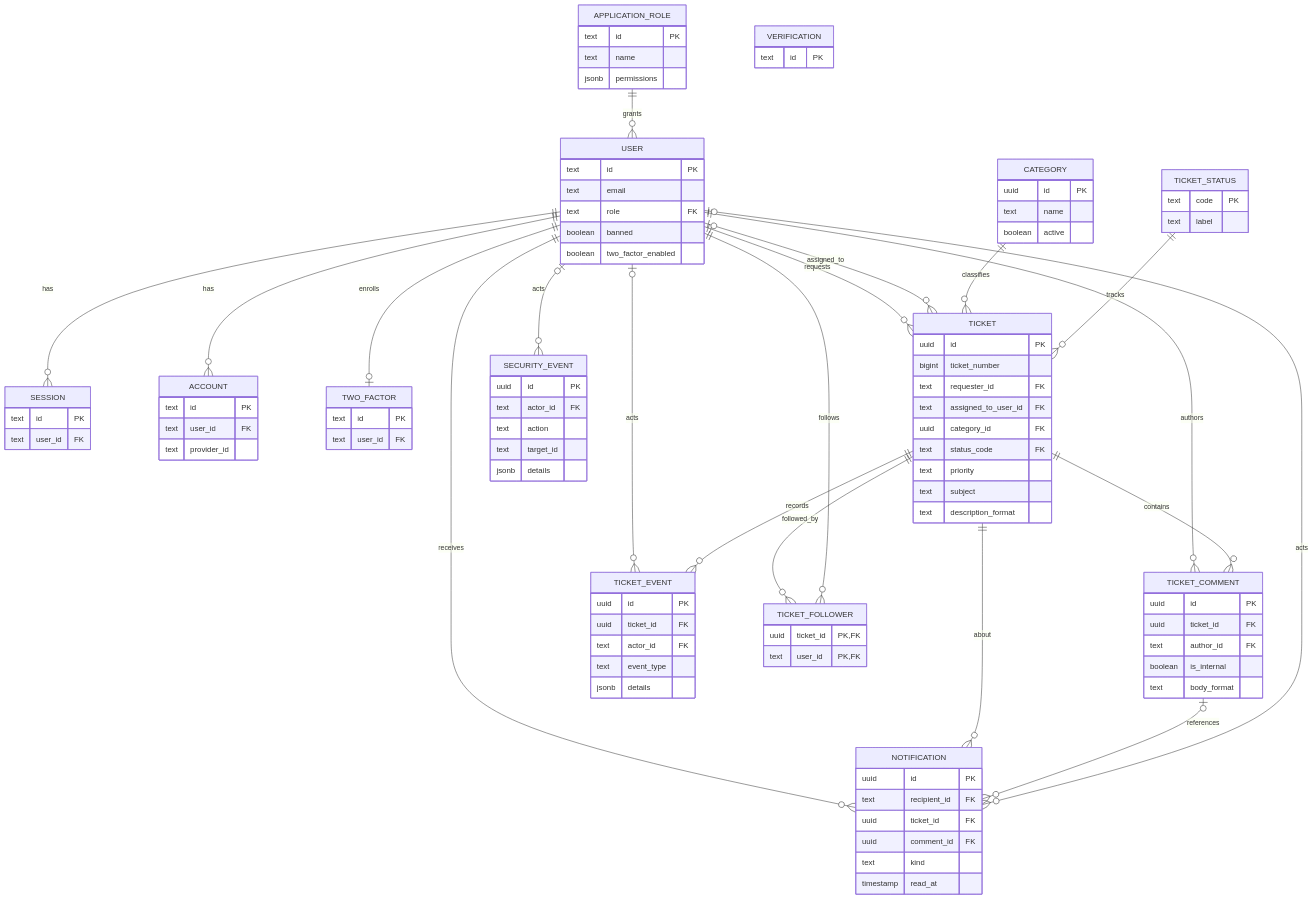
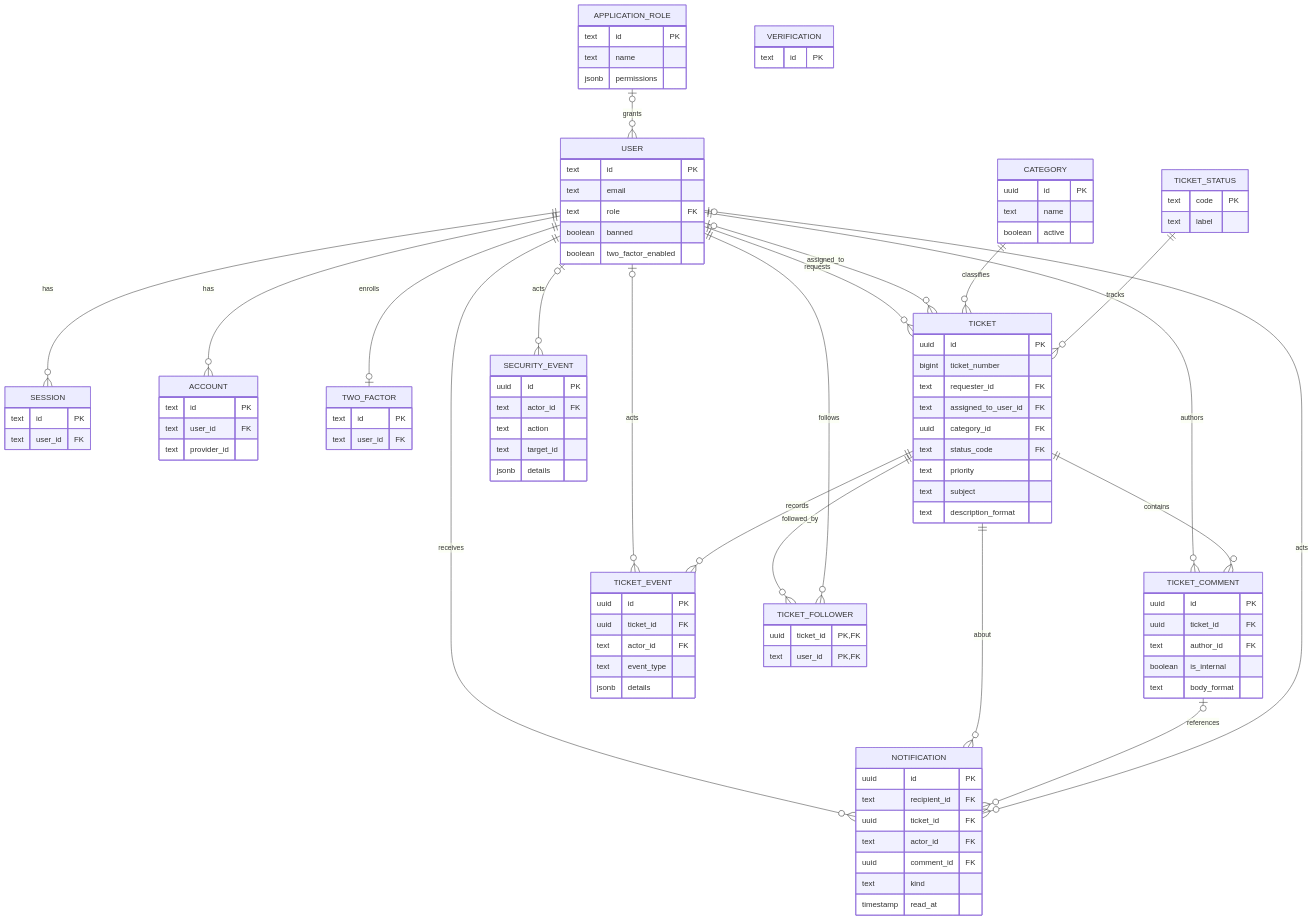
Before and after one commit to Mystery2099/capstone-ticket-system: the diagram in docs/diagrams/entity-relationship.mmd, drawn with Mermaid. The commit also changed 4 other files, not shown here.

First line of the commit message:
docs(diagrams): align diagrams with current auth and ticket flows

```diff
--- a/docs/diagrams/entity-relationship.mmd
+++ b/docs/diagrams/entity-relationship.mmd
@@ -1,101 +1,102 @@
 erDiagram
-  APPLICATION_ROLE ||--o{ USER : grants
+  APPLICATION_ROLE o|--o{ USER : grants
   USER ||--o{ SESSION : has
   USER ||--o{ ACCOUNT : has
   USER ||--o| TWO_FACTOR : enrolls
   USER ||--o{ TICKET : requests
   USER o|--o{ TICKET : assigned_to
   USER ||--o{ TICKET_COMMENT : authors
   USER o|--o{ TICKET_EVENT : acts
   USER o|--o{ SECURITY_EVENT : acts
   CATEGORY ||--o{ TICKET : classifies
   TICKET_STATUS ||--o{ TICKET : tracks
   TICKET ||--o{ TICKET_COMMENT : contains
   TICKET ||--o{ TICKET_EVENT : records
   TICKET ||--o{ TICKET_FOLLOWER : followed_by
   USER ||--o{ TICKET_FOLLOWER : follows
   USER ||--o{ NOTIFICATION : receives
   TICKET ||--o{ NOTIFICATION : about
   TICKET_COMMENT o|--o{ NOTIFICATION : references
   USER o|--o{ NOTIFICATION : acts
   APPLICATION_ROLE {
     text id PK
     text name
     jsonb permissions
   }
   USER {
     text id PK
     text email
     text role FK
     boolean banned
     boolean two_factor_enabled
   }
   SESSION {
     text id PK
     text user_id FK
   }
   ACCOUNT {
     text id PK
     text user_id FK
     text provider_id
   }
   TWO_FACTOR {
     text id PK
     text user_id FK
   }
   VERIFICATION {
     text id PK
   }
   CATEGORY {
     uuid id PK
     text name
     boolean active
   }
   TICKET_STATUS {
     text code PK
     text label
   }
   TICKET {
     uuid id PK
     bigint ticket_number
     text requester_id FK
     text assigned_to_user_id FK
     uuid category_id FK
     text status_code FK
     text priority
     text subject
     text description_format
   }
   TICKET_COMMENT {
     uuid id PK
     uuid ticket_id FK
     text author_id FK
     boolean is_internal
     text body_format
   }
   TICKET_EVENT {
     uuid id PK
     uuid ticket_id FK
     text actor_id FK
     text event_type
     jsonb details
   }
   SECURITY_EVENT {
     uuid id PK
     text actor_id FK
     text action
     text target_id
     jsonb details
   }
   TICKET_FOLLOWER {
     uuid ticket_id PK, FK
     text user_id PK, FK
   }
   NOTIFICATION {
     uuid id PK
     text recipient_id FK
     uuid ticket_id FK
+    text actor_id FK
     uuid comment_id FK
     text kind
     timestamp read_at
   }
```
